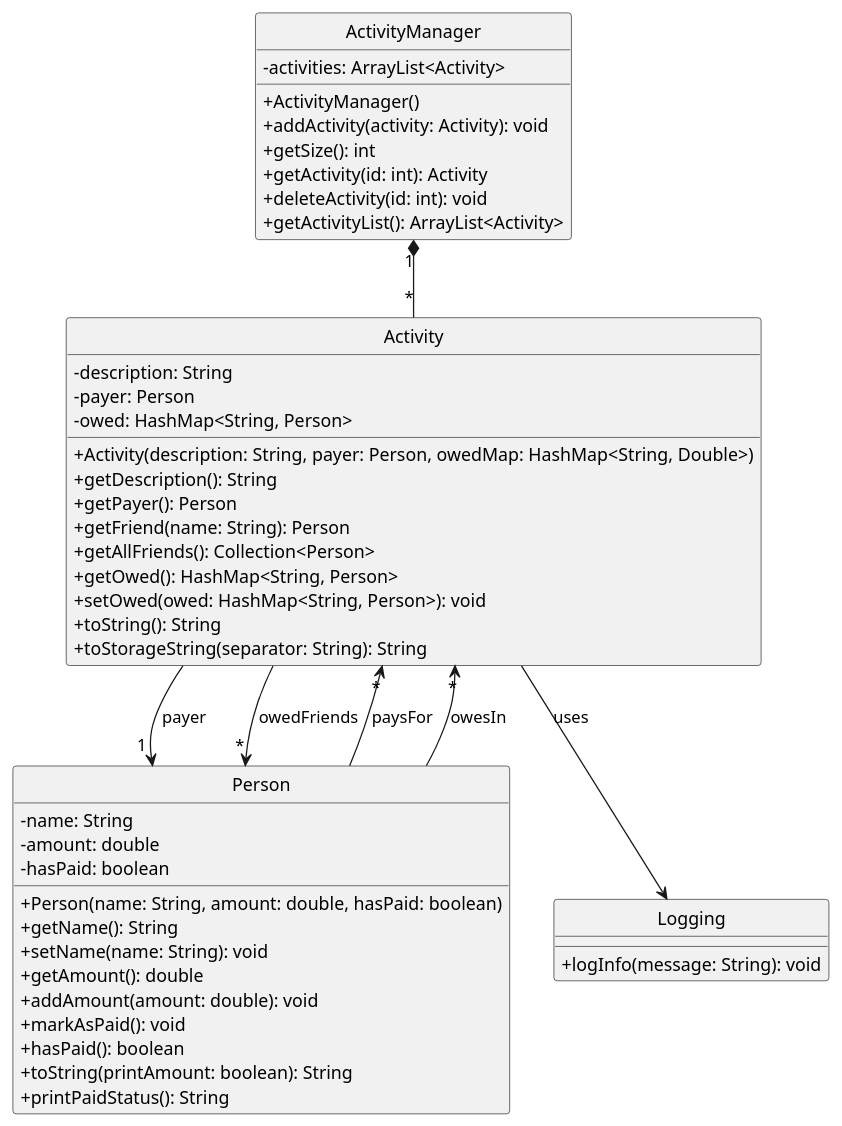
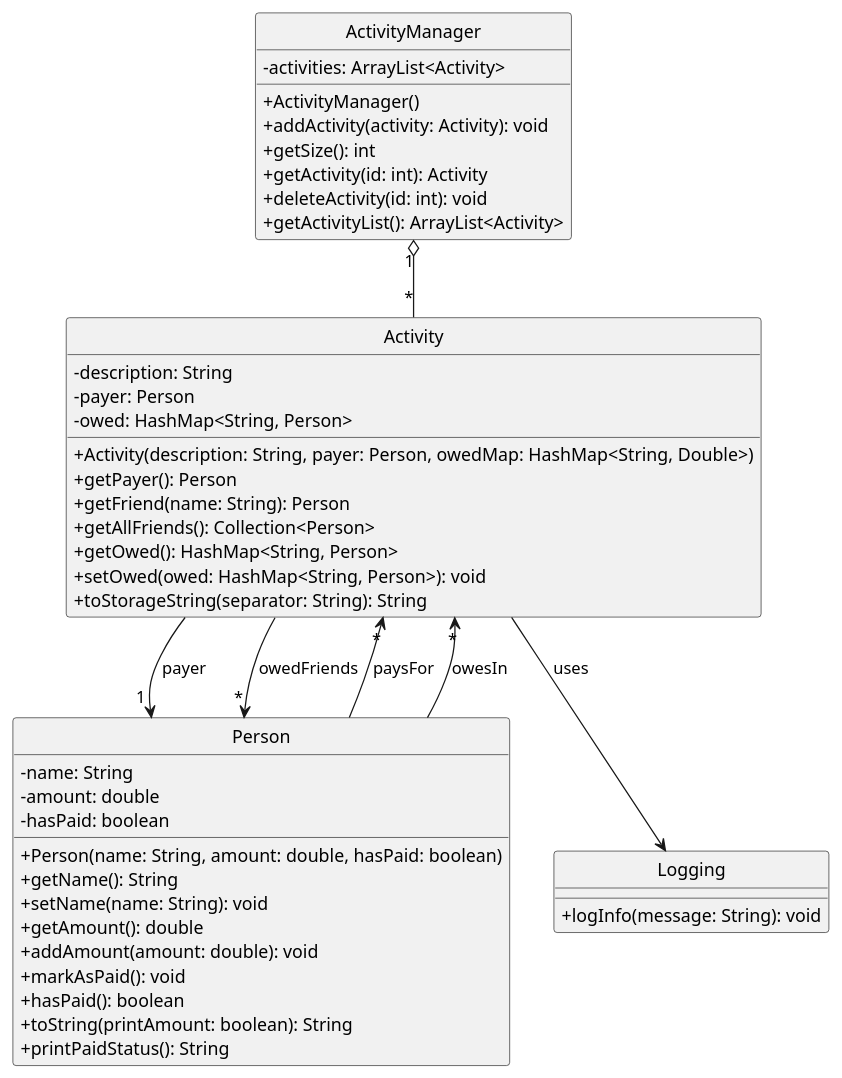
One commit to jing-yen/tp changed the diagram in docs/diagrams/ActivityRelationships.puml. Above: the diagram before and after it, drawn with PlantUML.

Commit message:
Simplify activity relationship class diagram

```diff
--- a/docs/diagrams/ActivityRelationships.puml
+++ b/docs/diagrams/ActivityRelationships.puml
@@ -1,55 +1,53 @@
 @startuml
 skinparam classAttributeIconSize 0
 hide circle
 
 class Activity {
     - description: String
     - payer: Person
     - owed: HashMap<String, Person>
     + Activity(description: String, payer: Person, owedMap: HashMap<String, Double>)
-    + getDescription(): String
     + getPayer(): Person
     + getFriend(name: String): Person
     + getAllFriends(): Collection<Person>
     + getOwed(): HashMap<String, Person>
     + setOwed(owed: HashMap<String, Person>): void
-    + toString(): String
     + toStorageString(separator: String): String
 }
 
 class ActivityManager {
     - activities: ArrayList<Activity>
     + ActivityManager()
     + addActivity(activity: Activity): void
     + getSize(): int
     + getActivity(id: int): Activity
     + deleteActivity(id: int): void
     + getActivityList(): ArrayList<Activity>
 }
 
 class Person {
     - name: String
     - amount: double
     - hasPaid: boolean
     + Person(name: String, amount: double, hasPaid: boolean)
     + getName(): String
     + setName(name: String): void
     + getAmount(): double
     + addAmount(amount: double): void
     + markAsPaid(): void
     + hasPaid(): boolean
     + toString(printAmount: boolean): String
     + printPaidStatus(): String
 }
 
 class Logging {
     + logInfo(message: String): void
 }
 
-ActivityManager "1" *-- "*" Activity
+ActivityManager "1" o-- "*" Activity
 Activity --> "1" Person : payer
 Activity --> "*" Person : owedFriends
 Person --> "*" Activity : paysFor
 Person --> "*" Activity : owesIn
 Activity --> Logging : uses
 @enduml
```
